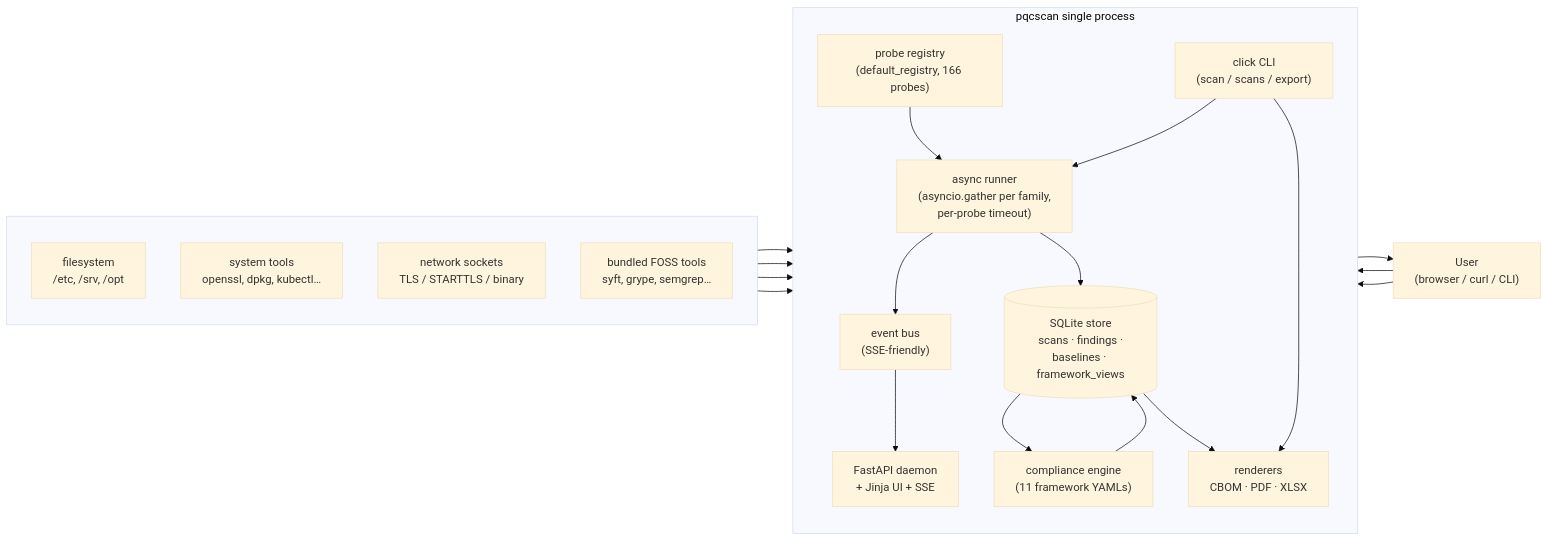
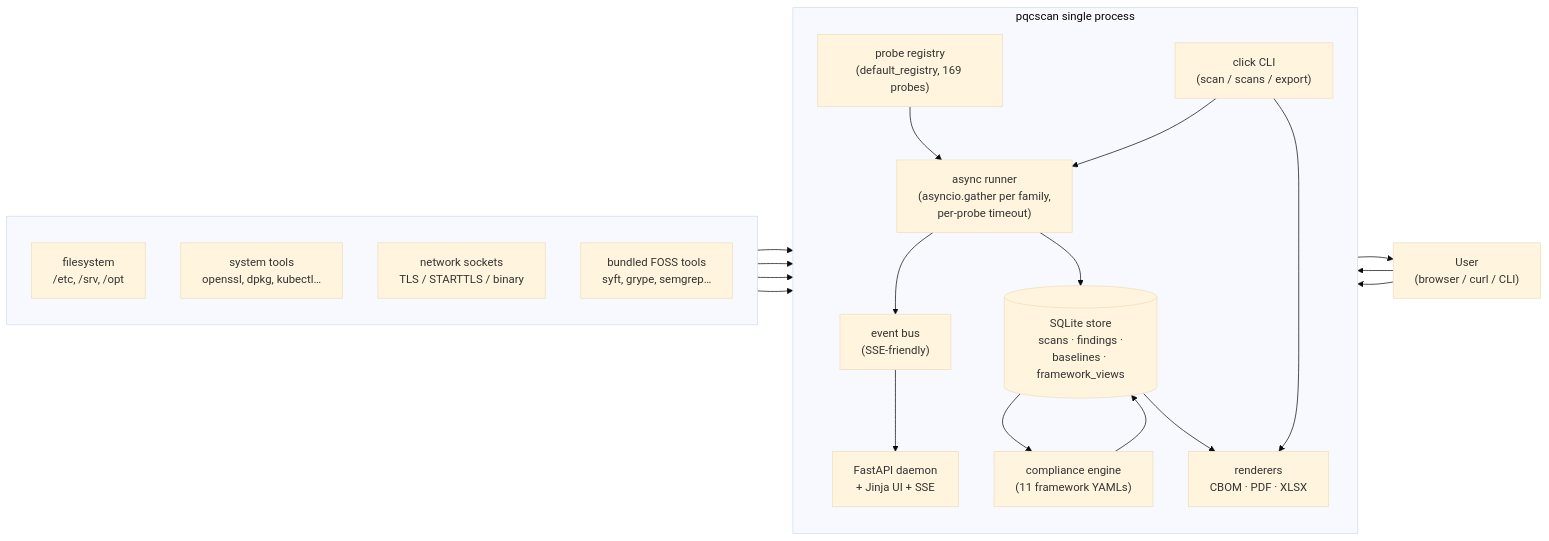
One commit to orengacademy/pqc-scanner2 changed the first of 8 diagrams in README.md. Above: the diagram before and after it, drawn with Mermaid (base theme). The commit also changed other lines of this file and 11 other files, not shown here.

````diff
--- a/README.md
+++ b/README.md
@@ -34,39 +34,39 @@
 ```mermaid
 flowchart LR
     subgraph host[" "]
         direction TB
         FS["filesystem<br/>/etc, /srv, /opt"]
         SYS["system tools<br/>openssl, dpkg, kubectl…"]
         NET["network sockets<br/>TLS / STARTTLS / binary"]
         FOSS["bundled FOSS tools<br/>syft, grype, semgrep…"]
     end
 
     subgraph proc["pqcscan single process"]
         direction TB
-        REG["probe registry<br/>(default_registry, 166 probes)"]
+        REG["probe registry<br/>(default_registry, 169 probes)"]
         RUN["async runner<br/>(asyncio.gather per family,<br/>per-probe timeout)"]
         BUS["event bus<br/>(SSE-friendly)"]
         REPO[("SQLite store<br/>scans · findings ·<br/>baselines · framework_views")]
         COMP["compliance engine<br/>(11 framework YAMLs)"]
         DAEMON["FastAPI daemon<br/>+ Jinja UI + SSE"]
         CLI["click CLI<br/>(scan / scans / export)"]
         REND["renderers<br/>CBOM · PDF · XLSX"]
     end
 
     USER["User<br/>(browser / curl / CLI)"]
 
     FS  --> RUN
     SYS --> RUN
     NET --> RUN
     FOSS --> RUN
     REG --> RUN
     RUN --> BUS --> DAEMON
     RUN --> REPO
     REPO --> COMP --> REPO
     REPO --> REND
     DAEMON --> USER
     CLI   --> RUN
     CLI   --> REND
     USER  --> DAEMON
     USER  --> CLI
 ```
````
